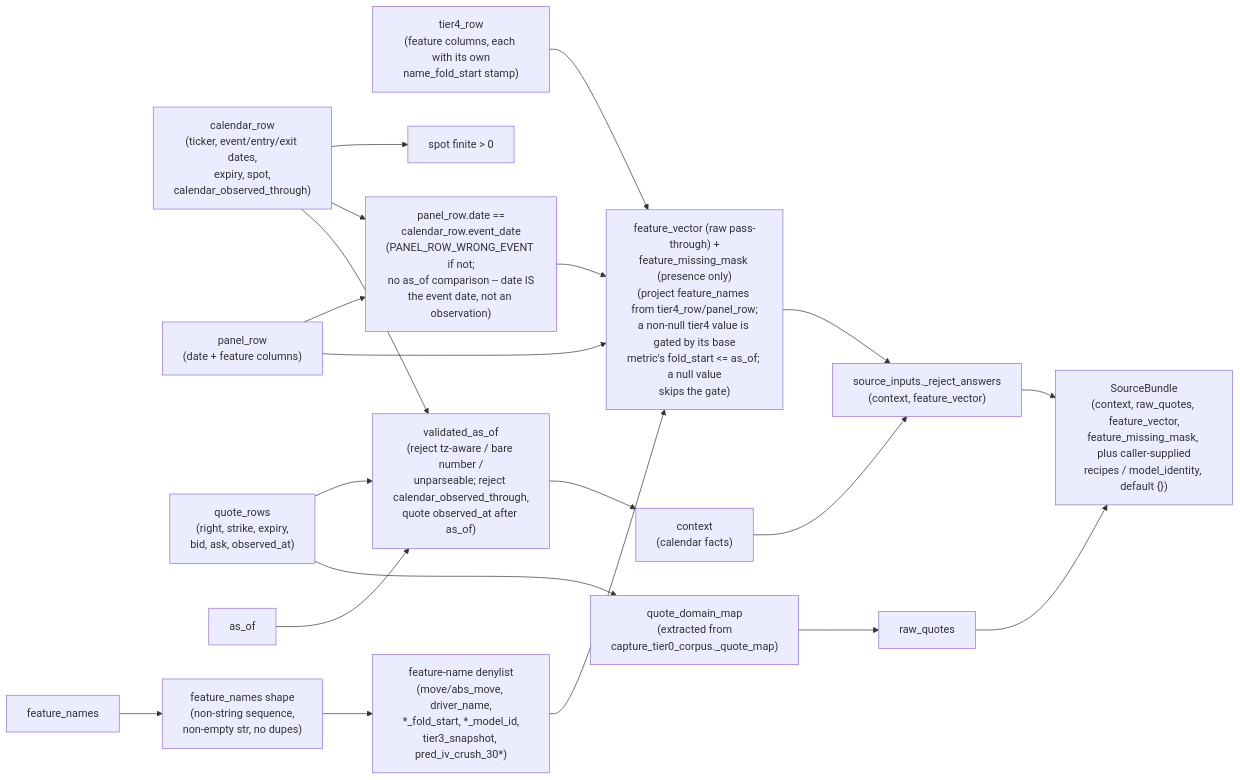
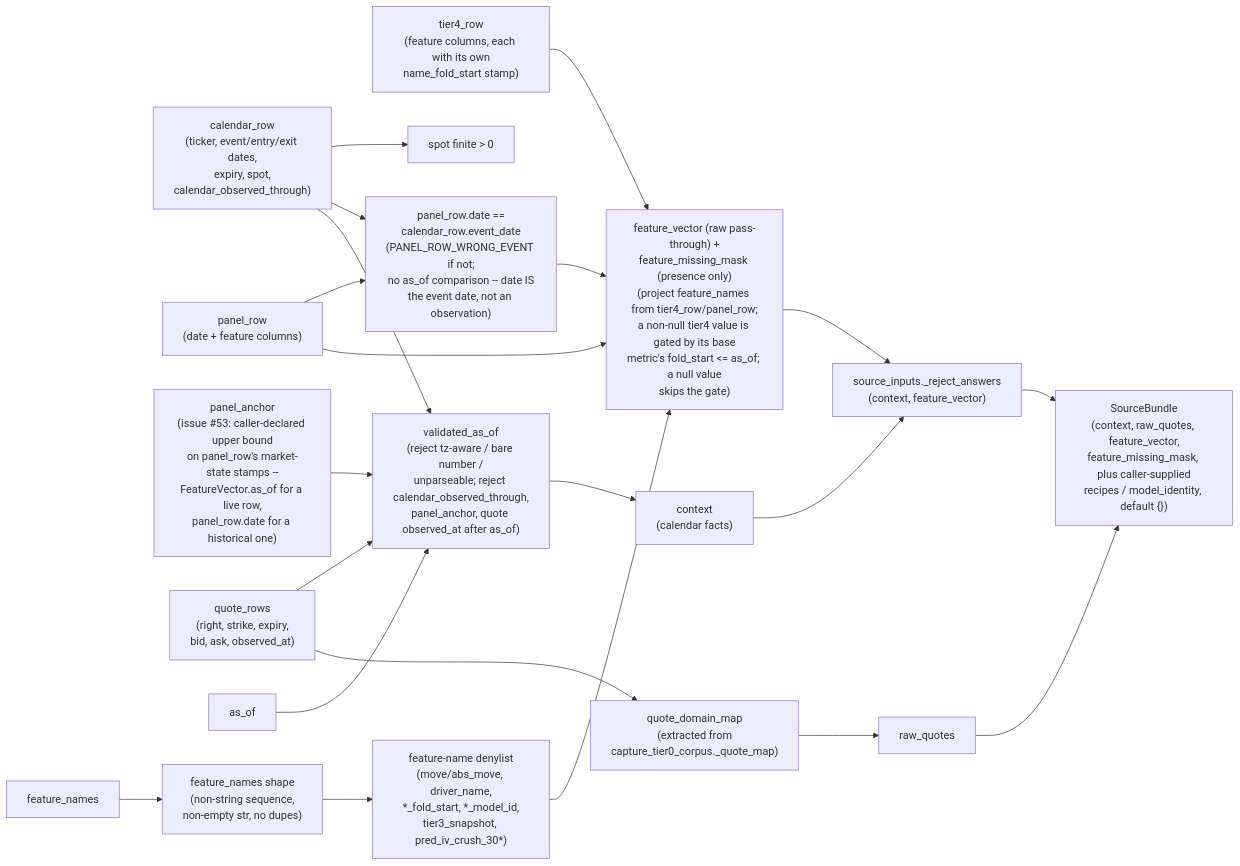
The first of 2 diagrams in engine/v2/scoring/ARCHITECTURE.md (yshewchuk/investment-validation), drawn with Mermaid before and after one commit. The commit also changed other lines of this file and 3 other files, not shown here.

First line of the commit message:
scoring: panel-row decision anchor for nightly_source_bundle (fixes #53) (#67)

````diff
--- a/engine/v2/scoring/ARCHITECTURE.md
+++ b/engine/v2/scoring/ARCHITECTURE.md
@@ -776,34 +840,36 @@
 ```mermaid
 flowchart LR
     CAL["calendar_row\n(ticker, event/entry/exit dates,\nexpiry, spot,\ncalendar_observed_through)"]
     PANEL["panel_row\n(date + feature columns)"]
+    PANCHOR["panel_anchor\n(issue #53: caller-declared upper bound\non panel_row's market-state stamps --\nFeatureVector.as_of for a live row,\npanel_row.date for a historical one)"]
     TIER4["tier4_row\n(feature columns, each with its own\nname_fold_start stamp)"]
     QUOTES["quote_rows\n(right, strike, expiry,\nbid, ask, observed_at)"]
     ASOF["as_of"]
     NAMES["feature_names"]
 
     CAL --> SPOTCHK["spot finite > 0"]
     NAMES --> NAMECHK["feature_names shape\n(non-string sequence,\nnon-empty str, no dupes)"]
     NAMECHK --> LEAKNAMES["feature-name denylist\n(move/abs_move, driver_name,\n*_fold_start, *_model_id,\ntier3_snapshot, pred_iv_crush_30*)"]
 
     CAL --> EVENTCHK["panel_row.date ==\ncalendar_row.event_date\n(PANEL_ROW_WRONG_EVENT if not;\nno as_of comparison -- date IS\nthe event date, not an observation)"]
     PANEL --> EVENTCHK
 
-    CAL --> VALIDATE["validated_as_of\n(reject tz-aware / bare number /\nunparseable; reject calendar_observed_through,\nquote observed_at after as_of)"]
+    CAL --> VALIDATE["validated_as_of\n(reject tz-aware / bare number /\nunparseable; reject calendar_observed_through,\npanel_anchor, quote observed_at after as_of)"]
     QUOTES --> VALIDATE
+    PANCHOR --> VALIDATE
     ASOF --> VALIDATE
 
     VALIDATE --> CONTEXT["context\n(calendar facts)"]
     LEAKNAMES --> FEATURES["feature_vector (raw pass-through) +\nfeature_missing_mask (presence only)\n(project feature_names from tier4_row/panel_row;\na non-null tier4 value is gated by its base\nmetric's fold_start <= as_of; a null value\nskips the gate)"]
     EVENTCHK --> FEATURES
     TIER4 --> FEATURES
     PANEL --> FEATURES
     QUOTES --> QMAP["quote_domain_map\n(extracted from\ncapture_tier0_corpus._quote_map)"]
     QMAP --> RAWQ["raw_quotes"]
 
     CONTEXT --> REJECT["source_inputs._reject_answers\n(context, feature_vector)"]
     FEATURES --> REJECT
 
     REJECT --> BUNDLE["SourceBundle\n(context, raw_quotes, feature_vector,\nfeature_missing_mask, plus caller-supplied\nrecipes / model_identity, default {})"]
     RAWQ --> BUNDLE
 ```
````
